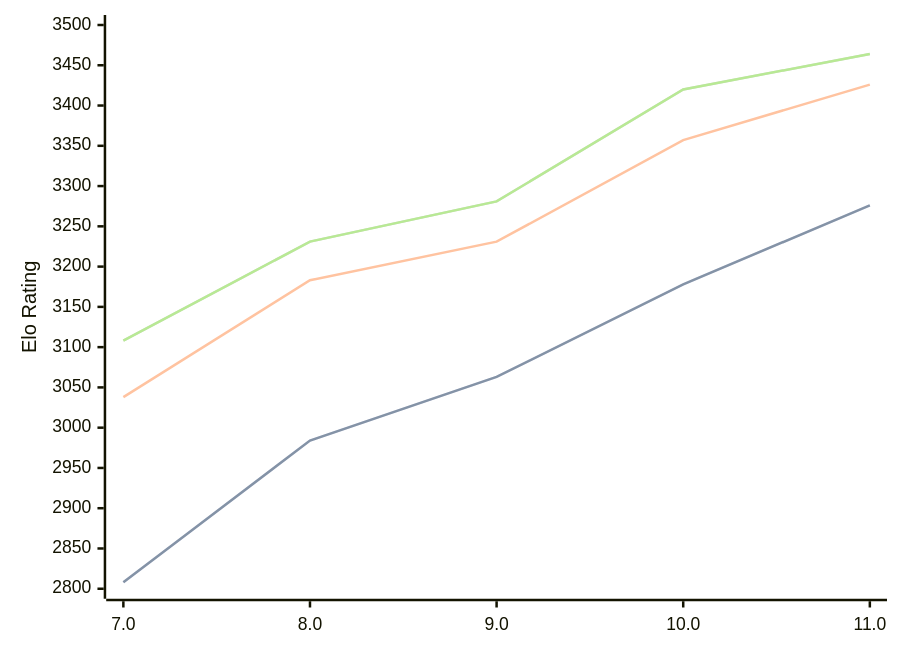
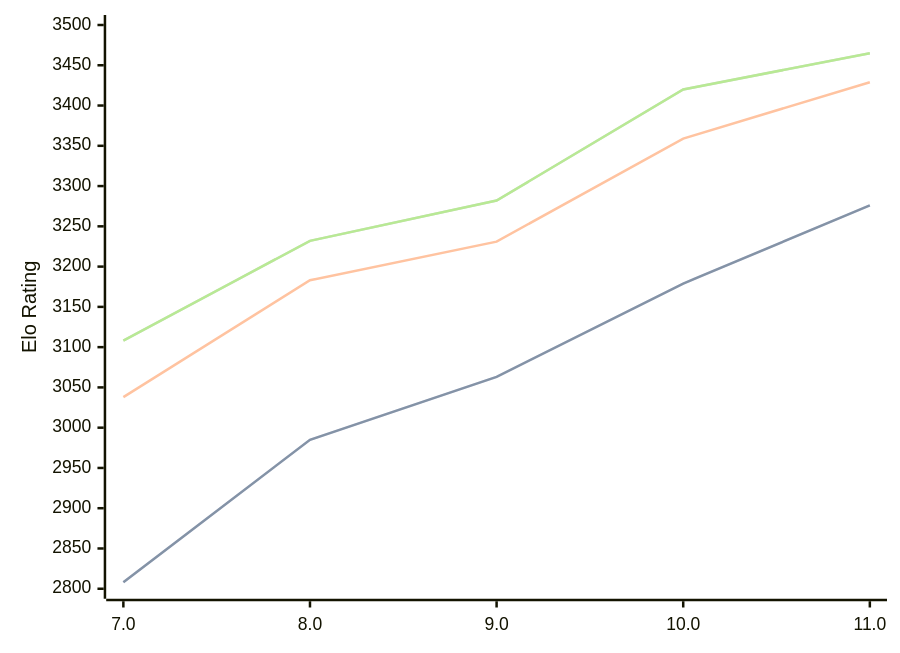
The diagram in engines/Tcheran.md (computer-chess-index/cci), drawn with Mermaid before and after one commit. The commit also changed other lines of this file, not shown here.

Commit message:
Update CCI Ratings (ELO VLTC) - 2026-02-18

````diff
--- a/engines/Tcheran.md
+++ b/engines/Tcheran.md
@@ -46,11 +46,11 @@
 ```mermaid
 %%{init: {"theme":"base","themeVariables":{"seriesColors:['#a3a3a3','#222221','#faa371']}}}%%
 xychart-beta
   x-axis ["7.0", "8.0", "9.0", "10.0", "11.0"]
   y-axis "Elo Rating" 2800 --> 3500
-  line "STC (8.0+0.08s)" [2808, 2984, 3063, 3178, 3276]
-  line "STC (8.0+0.08s)" [2808, 2984, 3063, 3178, 3276]
-  line "LTC (60.0+0.60s)" [3038, 3183, 3231, 3357, 3426]
-  line "VLTC (2m24s+1.12s)" [3108, 3231, 3281, 3420, 3464]
-  line "VLTC (2m24s+1.12s)" [3108, 3231, 3281, 3420, 3464]
+  line "STC (8.0+0.08s)" [2808, 2985, 3063, 3179, 3276]
+  line "STC (8.0+0.08s)" [2808, 2985, 3063, 3179, 3276]
+  line "LTC (60.0+0.60s)" [3038, 3183, 3231, 3359, 3429]
+  line "VLTC (2m24s+1.12s)" [3108, 3232, 3282, 3420, 3465]
+  line "VLTC (2m24s+1.12s)" [3108, 3232, 3282, 3420, 3465]
 ```
````
